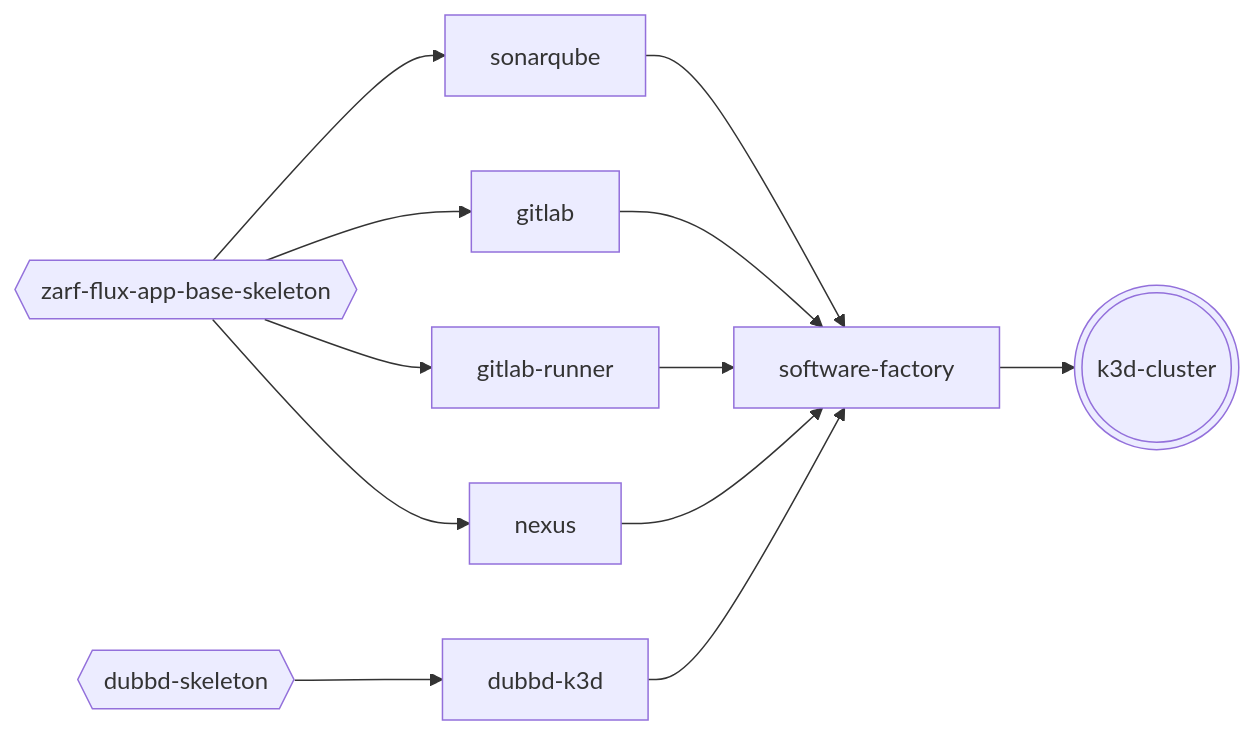
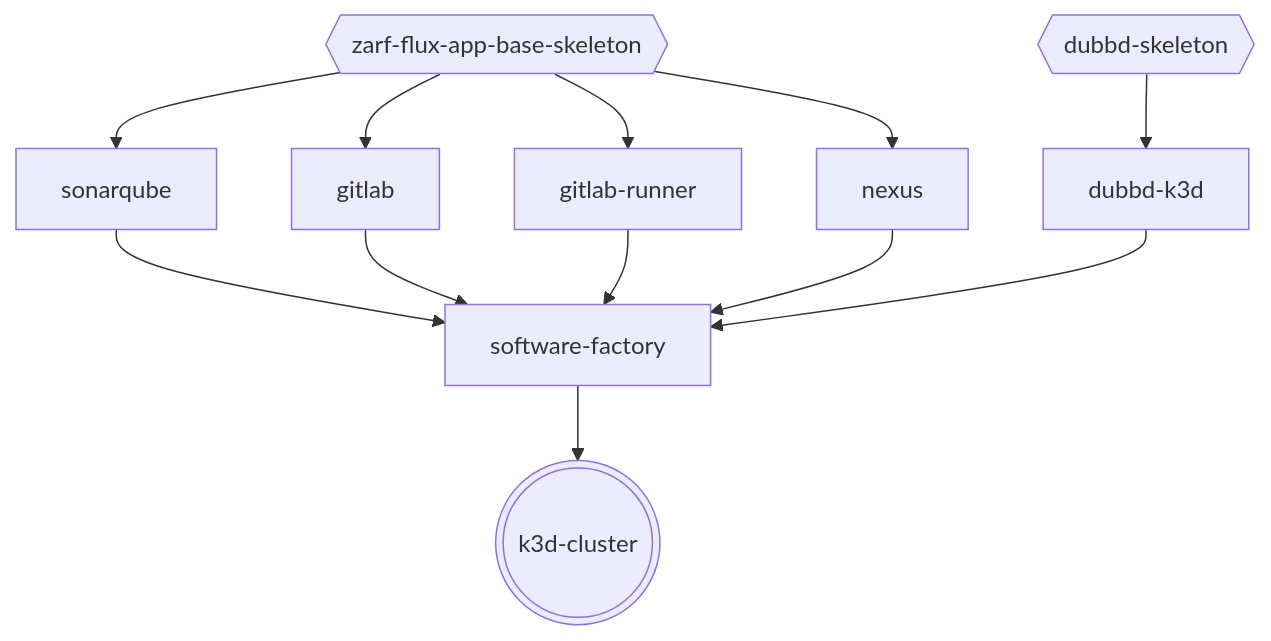
The diagram in README.md (anthonywendt/uds-software-factory-playground), drawn with Mermaid before and after one commit.

Commit message:
Top Down looks better

````diff
--- a/README.md
+++ b/README.md
@@ -11,15 +11,15 @@
 ```mermaid
-graph LR;
+graph TD;
   skel1{{zarf-flux-app-base-skeleton}}
   skel2{{dubbd-skeleton}}
 
   skel2 --> dubbd-k3d
   skel1 --> gitlab
   skel1 --> gitlab-runner
   skel1 --> sonarqube
   skel1 --> nexus
 
   sonarqube & gitlab & gitlab-runner & nexus & dubbd-k3d --> software-factory
 
   software-factory --> k3d-cluster(((k3d-cluster)))
 ```
````
